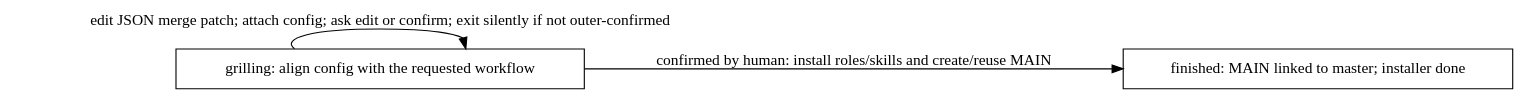
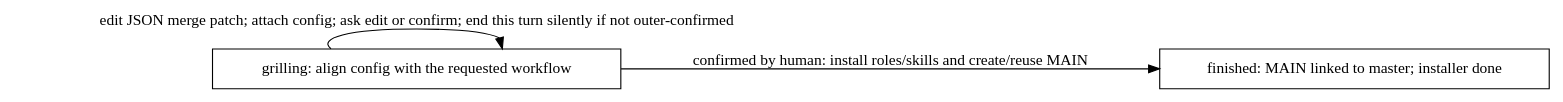
One commit to Winfred666/multica-featssship changed the first of 2 diagrams in docs/workflow.md. Above: the diagram before and after it, drawn with Graphviz. The commit also changed other lines of this file and 7 other files, not shown here.

````diff
--- a/docs/workflow.md
+++ b/docs/workflow.md
@@ -5,9 +5,9 @@
 ```dot
 digraph installation {
   rankdir=LR; node [shape=box];
   grilling [label="grilling: align config with the requested workflow"];
   finished [label="finished: MAIN linked to master; installer done"];
-  grilling -> grilling [label="edit JSON merge patch; attach config; ask edit or confirm; exit silently if not outer-confirmed"];
+  grilling -> grilling [label="edit JSON merge patch; attach config; ask edit or confirm; end this turn silently if not outer-confirmed"];
   grilling -> finished [label="confirmed by human: install roles/skills and create/reuse MAIN"];
 }
 ```
````
